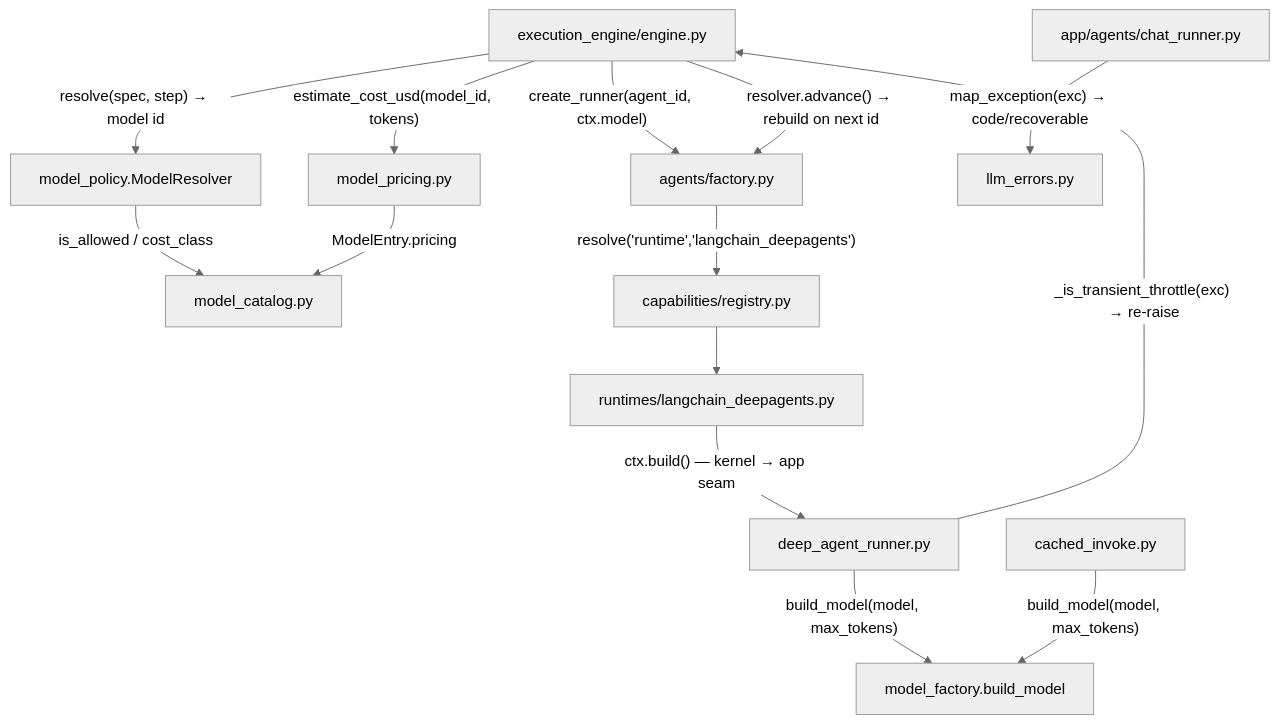
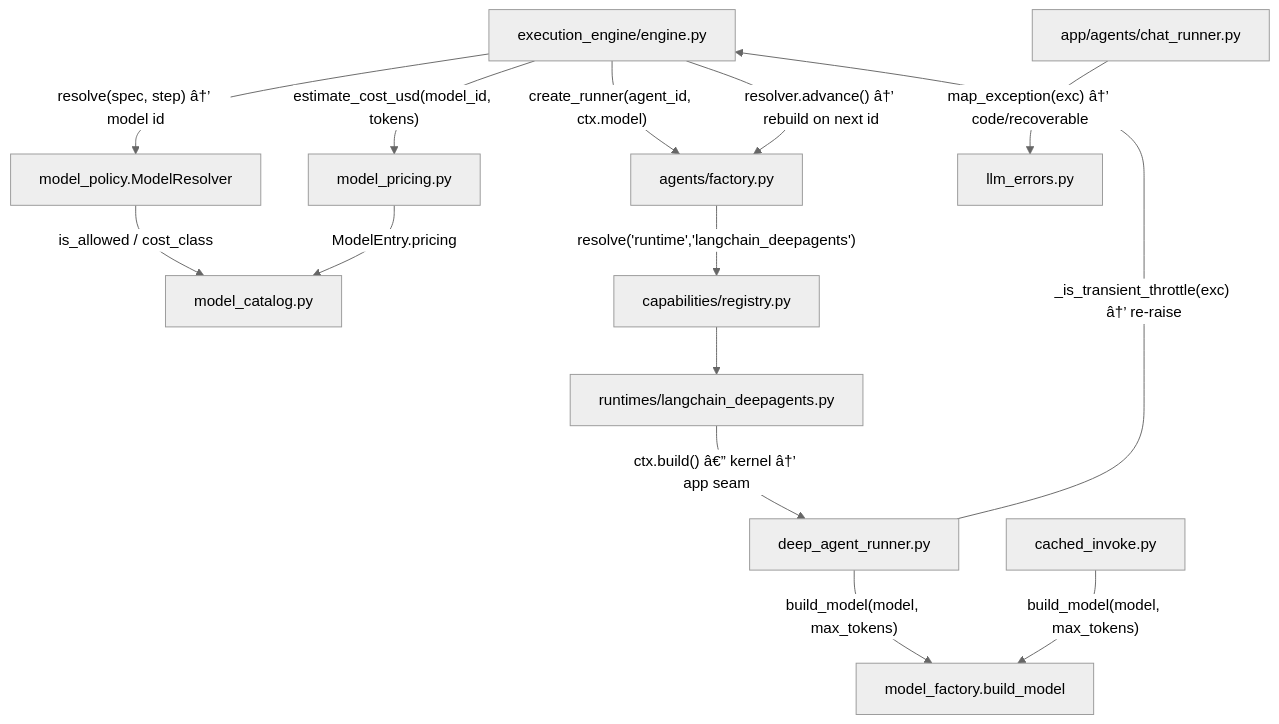
One commit to prateek-sinha7/IdeaFlowAI changed the first of 16 diagrams in .knowledge/ARCHITECTURE.md. Above: the diagram before and after it, drawn with Mermaid (neutral theme). The commit also changed other lines of this file and 791 other files, not shown here.

````diff
--- a/.knowledge/ARCHITECTURE.md
+++ b/.knowledge/ARCHITECTURE.md
@@ -101,29 +101,29 @@
 ```mermaid
 flowchart TD
   engine["execution_engine/engine.py"]
   resolver["model_policy.ModelResolver"]
   catalog["model_catalog.py"]
   pricing["model_pricing.py"]
   factory["agents/factory.py"]
   registry["capabilities/registry.py"]
   adapter["runtimes/langchain_deepagents.py"]
   runner["deep_agent_runner.py"]
   build["model_factory.build_model"]
   cached["cached_invoke.py"]
   errors["llm_errors.py"]
   chat["app/agents/chat_runner.py"]
 
-  engine -->|"resolve(spec, step) → model id"| resolver
+  engine -->|"resolve(spec, step) â†’ model id"| resolver
   resolver -->|"is_allowed / cost_class"| catalog
   engine -->|"create_runner(agent_id, ctx.model)"| factory
   factory -->|"resolve('runtime','langchain_deepagents')"| registry
   registry --> adapter
-  adapter -->|"ctx.build() — kernel → app seam"| runner
+  adapter -->|"ctx.build() â€” kernel â†’ app seam"| runner
   runner -->|"build_model(model, max_tokens)"| build
   cached -->|"build_model(model, max_tokens)"| build
-  runner -->|"_is_transient_throttle(exc) → re-raise"| engine
-  engine -->|"resolver.advance() → rebuild on next id"| factory
+  runner -->|"_is_transient_throttle(exc) â†’ re-raise"| engine
+  engine -->|"resolver.advance() â†’ rebuild on next id"| factory
   engine -->|"estimate_cost_usd(model_id, tokens)"| pricing
   pricing -->|"ModelEntry.pricing"| catalog
-  chat -->|"map_exception(exc) → code/recoverable"| errors
+  chat -->|"map_exception(exc) â†’ code/recoverable"| errors
 ```
````
